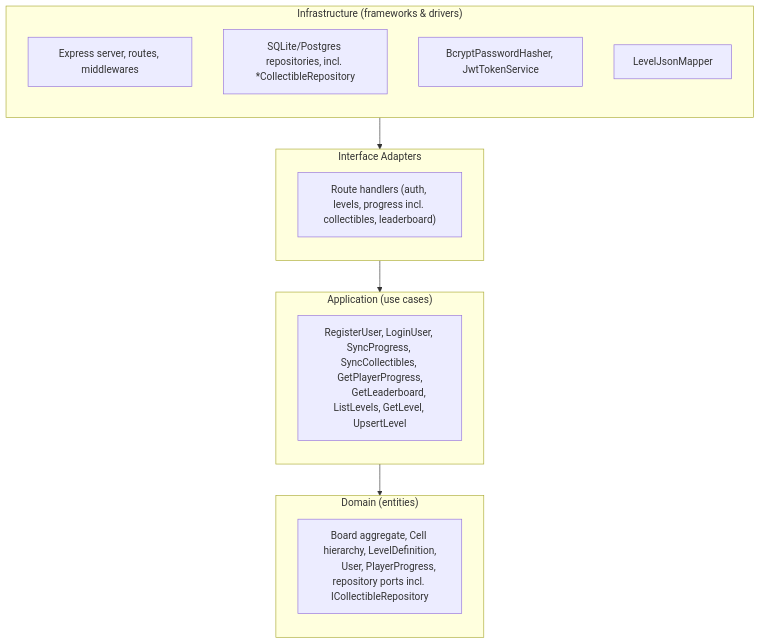
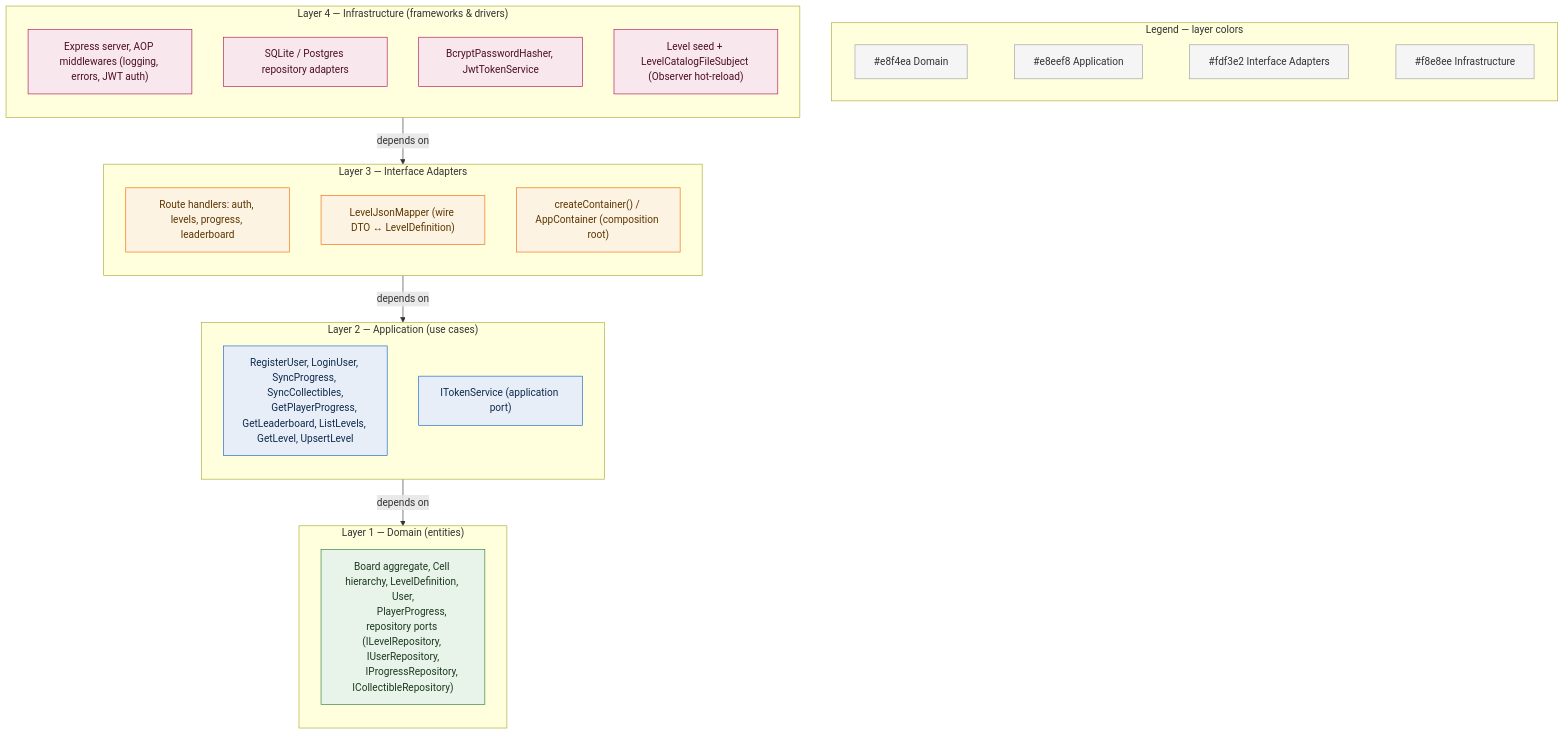
One commit to Georopeza/BackEnd-ArrowMaze changed the first of 2 diagrams in README.md. Above: the diagram before and after it, drawn with Mermaid. The commit also changed other lines of this file and 6 other files, not shown here.

First line of the commit message:
docs(readme): align architecture diagrams with course deliverables

````diff
--- a/README.md
+++ b/README.md
@@ -26,26 +26,55 @@
 ```mermaid
 flowchart TB
-    subgraph L4["Infrastructure (frameworks & drivers)"]
-        direction TB
-        Express["Express server, routes, middlewares"]
-        Sqlite["SQLite/Postgres repositories, incl. *CollectibleRepository"]
-        Security["BcryptPasswordHasher, JwtTokenService"]
-        Mappers["LevelJsonMapper"]
-    end
-    subgraph L3["Interface Adapters"]
-        direction TB
-        Controllers["Route handlers (auth, levels, progress incl. collectibles, leaderboard)"]
-    end
-    subgraph L2["Application (use cases)"]
-        direction TB
-        UseCases["RegisterUser, LoginUser, SyncProgress, SyncCollectibles, GetPlayerProgress,
-        GetLeaderboard, ListLevels, GetLevel, UpsertLevel"]
-    end
-    subgraph L1["Domain (entities)"]
-        direction TB
-        Entities["Board aggregate, Cell hierarchy, LevelDefinition,
-        User, PlayerProgress, repository ports incl. ICollectibleRepository"]
+    %% Clean Architecture — backend Arrow Maze.
+    %% Outer layers depend on inner layers only (dependency rule).
+
+    subgraph Legend["Legend — layer colors"]
+        direction LR
+        LgD["#e8f4ea Domain"] ~~~ LgA["#e8eef8 Application"] ~~~ LgAd["#fdf3e2 Interface Adapters"] ~~~ LgI["#f8e8ee Infrastructure"]
     end
 
-    L4 --> L3 --> L2 --> L1
+    subgraph L4["Layer 4 — Infrastructure (frameworks & drivers)"]
+        direction TB
+        Express["Express server, AOP middlewares (logging, errors, JWT auth)"]
+        Persistence["SQLite / Postgres repository adapters"]
+        Security["BcryptPasswordHasher, JwtTokenService"]
+        CatalogInfra["Level seed + LevelCatalogFileSubject (Observer hot-reload)"]
+    end
+
+    subgraph L3["Layer 3 — Interface Adapters"]
+        direction TB
+        Routes["Route handlers: auth, levels, progress, leaderboard"]
+        Mappers["LevelJsonMapper (wire DTO ↔ LevelDefinition)"]
+        CompositionRoot["createContainer() / AppContainer (composition root)"]
+    end
+
+    subgraph L2["Layer 2 — Application (use cases)"]
+        direction TB
+        UseCases["RegisterUser, LoginUser, SyncProgress, SyncCollectibles,
+        GetPlayerProgress, GetLeaderboard, ListLevels, GetLevel, UpsertLevel"]
+        AppPorts["ITokenService (application port)"]
+    end
+
+    subgraph L1["Layer 1 — Domain (entities)"]
+        direction TB
+        Entities["Board aggregate, Cell hierarchy, LevelDefinition, User,
+        PlayerProgress, repository ports (ILevelRepository, IUserRepository,
+        IProgressRepository, ICollectibleRepository)"]
+    end
+
+    L4 -->|depends on| L3
+    L3 -->|depends on| L2
+    L2 -->|depends on| L1
+
+    classDef domain fill:#e8f4ea,stroke:#2e7d32,color:#1b3a1e
+    classDef app fill:#e8eef8,stroke:#1565c0,color:#0d2a4d
+    classDef adapters fill:#fdf3e2,stroke:#ef6c00,color:#5c3600
+    classDef infra fill:#f8e8ee,stroke:#ad1457,color:#4d0d24
+    classDef legend fill:#f5f5f5,stroke:#9e9e9e,color:#333
+
+    class Entities domain
+    class UseCases,AppPorts app
+    class Routes,Mappers,CompositionRoot adapters
+    class Express,Persistence,Security,CatalogInfra infra
+    class LgD,LgA,LgAd,LgI legend
 ```
````
